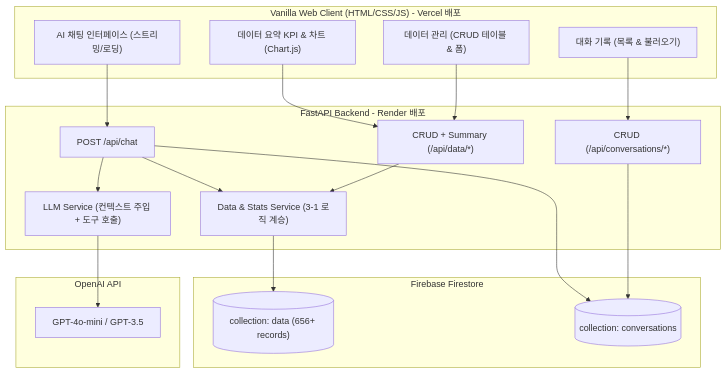
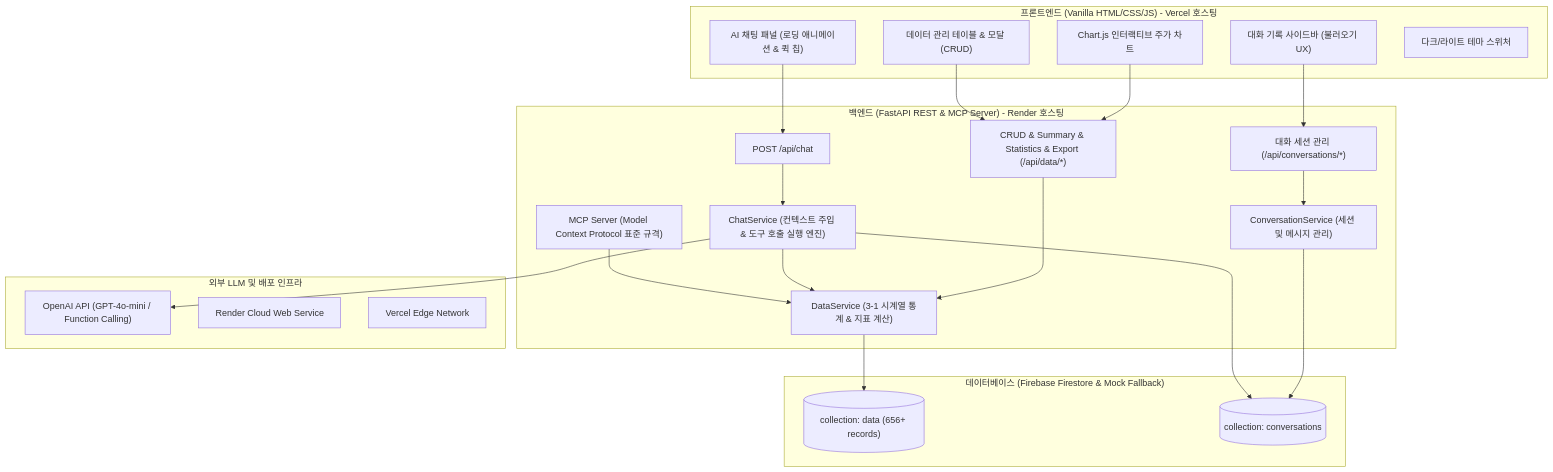
The first of 2 diagrams in doc/implementation_plan.md (gigantess/3-2), drawn with Mermaid before and after one commit. The commit also changed other lines of this file and 10 other files, not shown here.

````diff
--- a/doc/implementation_plan.md
+++ b/doc/implementation_plan.md
@@ -31,39 +46,50 @@
 ```mermaid
 graph TD
-    subgraph Frontend ["Vanilla Web Client (HTML/CSS/JS) - Vercel 배포"]
-        UI_Chat["AI 채팅 인터페이스 (스트리밍/로딩)"]
-        UI_Data["데이터 관리 (CRUD 테이블 & 폼)"]
-        UI_History["대화 기록 (목록 & 불러오기)"]
-        UI_Summary["데이터 요약 KPI & 차트 (Chart.js)"]
+    subgraph Client_Layer ["프론트엔드 (Vanilla HTML/CSS/JS) - Vercel 호스팅"]
+        UI_Chat["AI 채팅 패널 (로딩 애니메이션 & 퀵 칩)"]
+        UI_Chart["Chart.js 인터랙티브 주가 차트"]
+        UI_CRUD["데이터 관리 테이블 & 모달 (CRUD)"]
+        UI_History["대화 기록 사이드바 (불러오기 UX)"]
+        UI_Theme["다크/라이트 테마 스위처"]
     end
 
-    subgraph Backend ["FastAPI Backend - Render 배포"]
+    subgraph Backend_Layer ["백엔드 (FastAPI REST & MCP Server) - Render 호스팅"]
         Router_Chat["POST /api/chat"]
-        Router_Data["CRUD + Summary (/api/data/*)"]
-        Router_Conv["CRUD (/api/conversations/*)"]
+        Router_Data["CRUD & Summary & Statistics & Export (/api/data/*)"]
+        Router_Conv["대화 세션 관리 (/api/conversations/*)"]
         
-        Service_Data["Data & Stats Service (3-1 로직 계승)"]
-        Service_LLM["LLM Service (컨텍스트 주입 + 도구 호출)"]
+        Service_Chat["ChatService (컨텍스트 주입 & 도구 호출 실행 엔진)"]
+        Service_Data["DataService (3-1 시계열 통계 & 지표 계산)"]
+        Service_Conv["ConversationService (세션 및 메시지 관리)"]
+        
+        MCP_Server["MCP Server (Model Context Protocol 표준 규격)"]
     end
 
-    subgraph Database ["Firebase Firestore"]
-        Col_Data[("collection: data (656+ records)")]
-        Col_Conv[("collection: conversations")]
+    subgraph Storage_Layer ["데이터베이스 (Firebase Firestore & Mock Fallback)"]
+        DB_Data[("collection: data (656+ records)")]
+        DB_Conv[("collection: conversations")]
     end
 
-    subgraph External ["OpenAI API"]
-        GPT["GPT-4o-mini / GPT-3.5"]
+    subgraph External_Layer ["외부 LLM 및 배포 인프라"]
+        OpenAI_API["OpenAI API (GPT-4o-mini / Function Calling)"]
+        Render_Infra["Render Cloud Web Service"]
+        Vercel_Infra["Vercel Edge Network"]
     end
 
     UI_Chat --> Router_Chat
-    UI_Data --> Router_Data
+    UI_Chart --> Router_Data
+    UI_CRUD --> Router_Data
     UI_History --> Router_Conv
-    UI_Summary --> Router_Data
-
-    Router_Data --> Service_Data --> Col_Data
-    Router_Conv --> Col_Conv
-    Router_Chat --> Service_Data
-    Router_Chat --> Service_LLM
-    Service_LLM --> GPT
-    Router_Chat --> Col_Conv
+    
+    Router_Chat --> Service_Chat
+    Router_Data --> Service_Data
+    Router_Conv --> Service_Conv
+    
+    Service_Data --> DB_Data
+    Service_Conv --> DB_Conv
+    Service_Chat --> Service_Data
+    Service_Chat --> OpenAI_API
+    Service_Chat --> DB_Conv
+    
+    MCP_Server --> Service_Data
 ```
````
